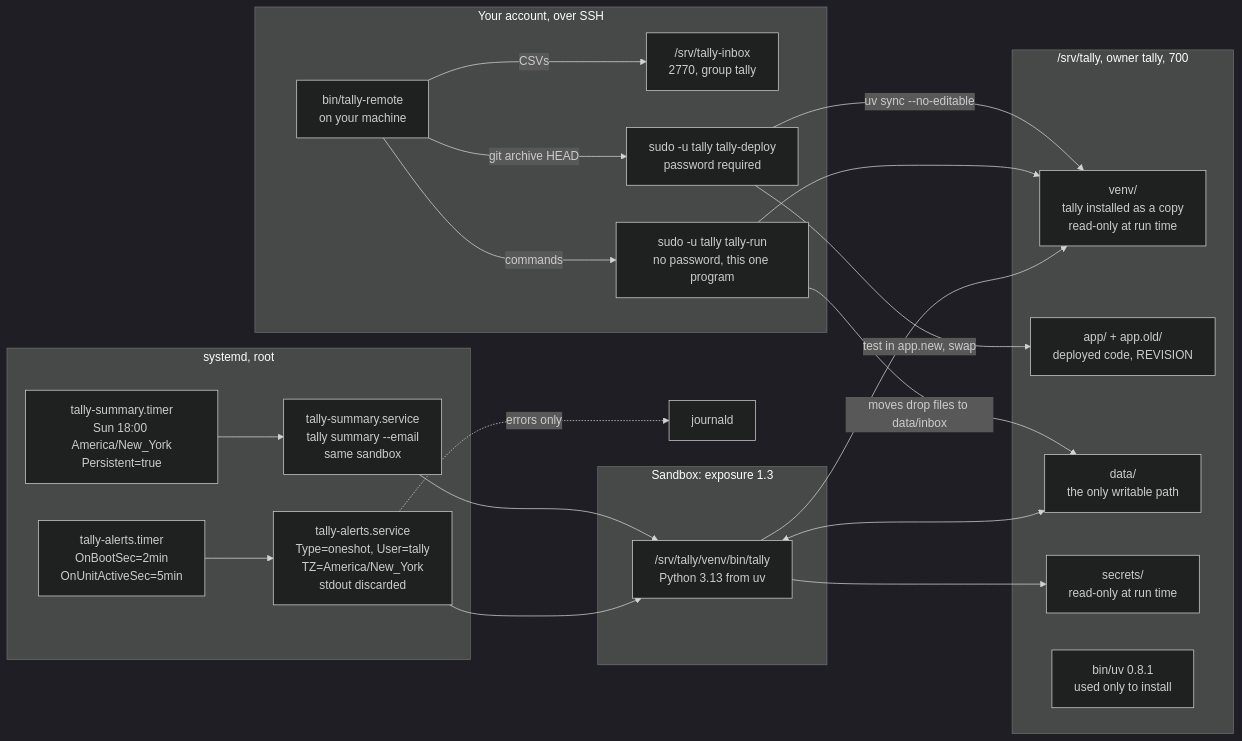
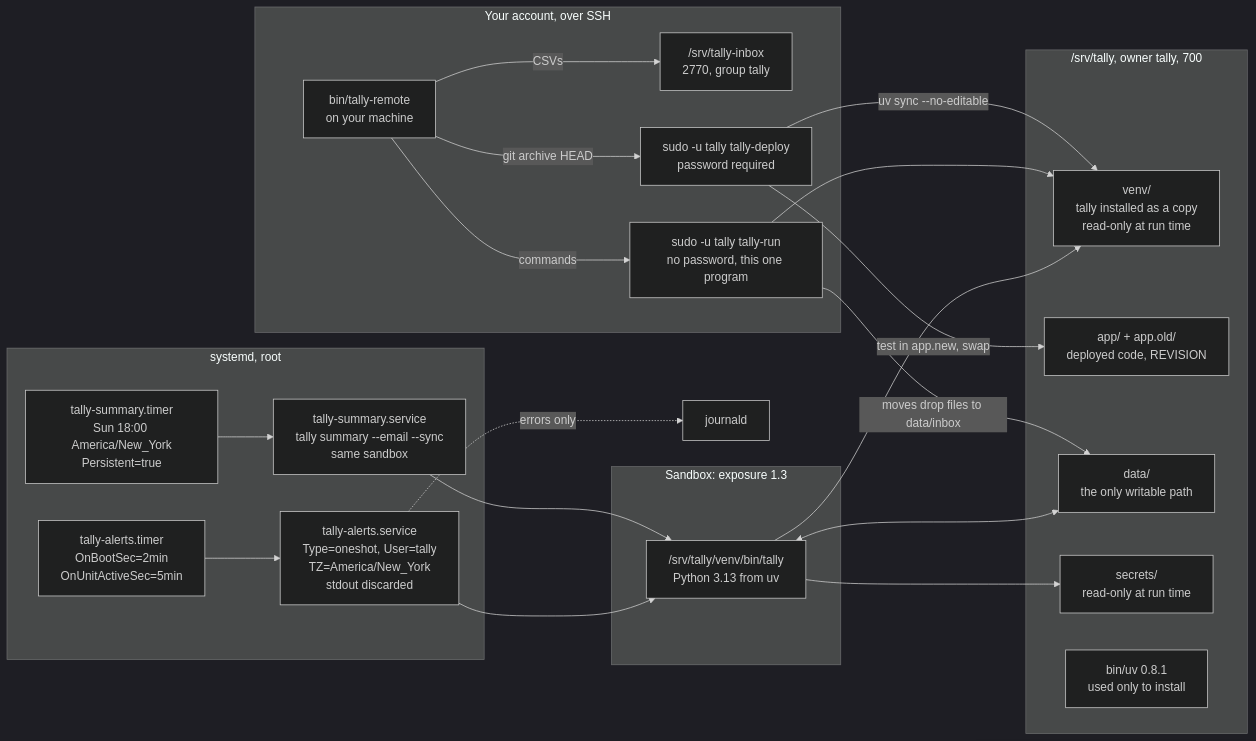
Before and after one commit to vmenon04/tally: the sixth of 6 diagrams in docs/architecture.md, drawn with Mermaid (dark theme). The commit also changed 6 other files, not shown here.

Commit message:
Sync before the Sunday summary and say so if it was blocked; log service errors

````diff
--- a/docs/architecture.md
+++ b/docs/architecture.md
@@ -284,43 +284,43 @@
 ```mermaid
 flowchart LR
     subgraph systemd["systemd, root"]
         timer["tally-alerts.timer<br/>OnBootSec=2min<br/>OnUnitActiveSec=5min"]
         service["tally-alerts.service<br/>Type=oneshot, User=tally<br/>TZ=America/New_York<br/>stdout discarded"]
         summary_timer["tally-summary.timer<br/>Sun 18:00 America/New_York<br/>Persistent=true"]
-        summary_service["tally-summary.service<br/>tally summary --email<br/>same sandbox"]
+        summary_service["tally-summary.service<br/>tally summary --email --sync<br/>same sandbox"]
     end
 
     subgraph sandbox["Sandbox: exposure 1.3"]
         bin["/srv/tally/venv/bin/tally<br/>Python 3.13 from uv"]
     end
 
     subgraph fs["/srv/tally, owner tally, 700"]
         venv["venv/<br/>tally installed as a copy<br/>read-only at run time"]
         app["app/ + app.old/<br/>deployed code, REVISION"]
         datadir["data/<br/>the only writable path"]
         secretsdir["secrets/<br/>read-only at run time"]
         uv["bin/uv 0.8.1<br/>used only to install"]
     end
 
     subgraph you["Your account, over SSH"]
         remote["bin/tally-remote<br/>on your machine"]
         drop["/srv/tally-inbox<br/>2770, group tally"]
         run["sudo -u tally tally-run<br/>no password, this one program"]
         deploy["sudo -u tally tally-deploy<br/>password required"]
     end
 
     timer --> service --> bin
     summary_timer --> summary_service --> bin
     bin --> venv
     bin <--> datadir
     bin --> secretsdir
     service -. "errors only" .-> journal["journald"]
 
     remote -- "CSVs" --> drop
     remote -- "commands" --> run
     remote -- "git archive HEAD" --> deploy
     run -- "moves drop files to data/inbox" --> datadir
     run --> venv
     deploy -- "test in app.new, swap" --> app
     deploy -- "uv sync --no-editable" --> venv
 ```
````
